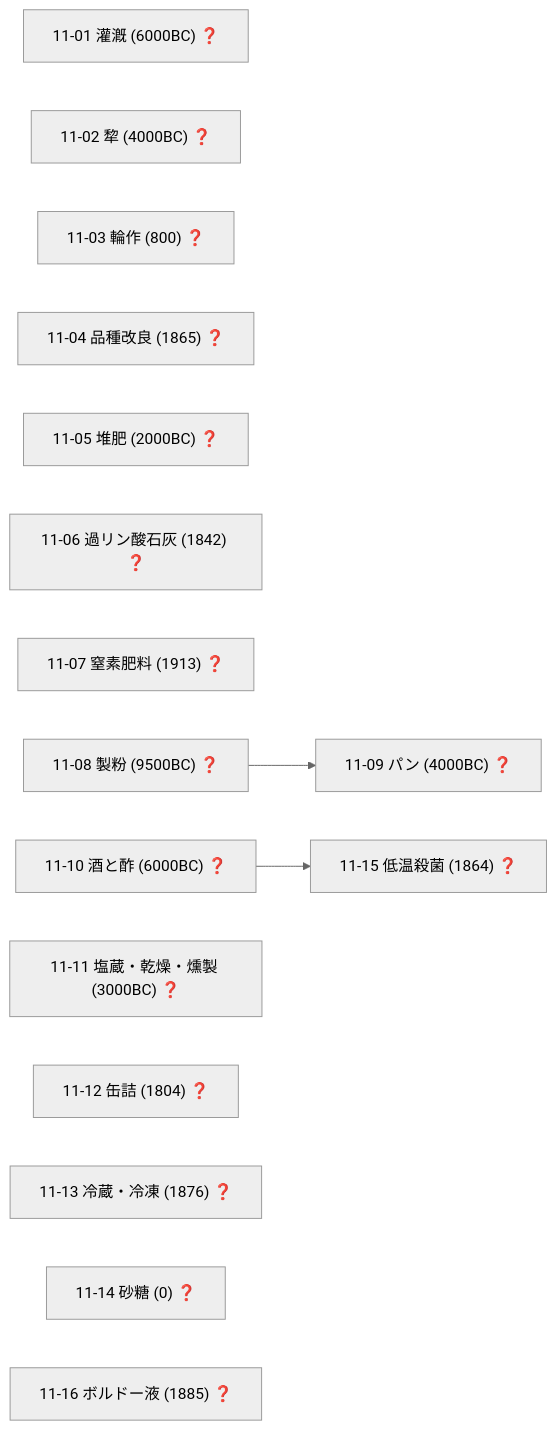
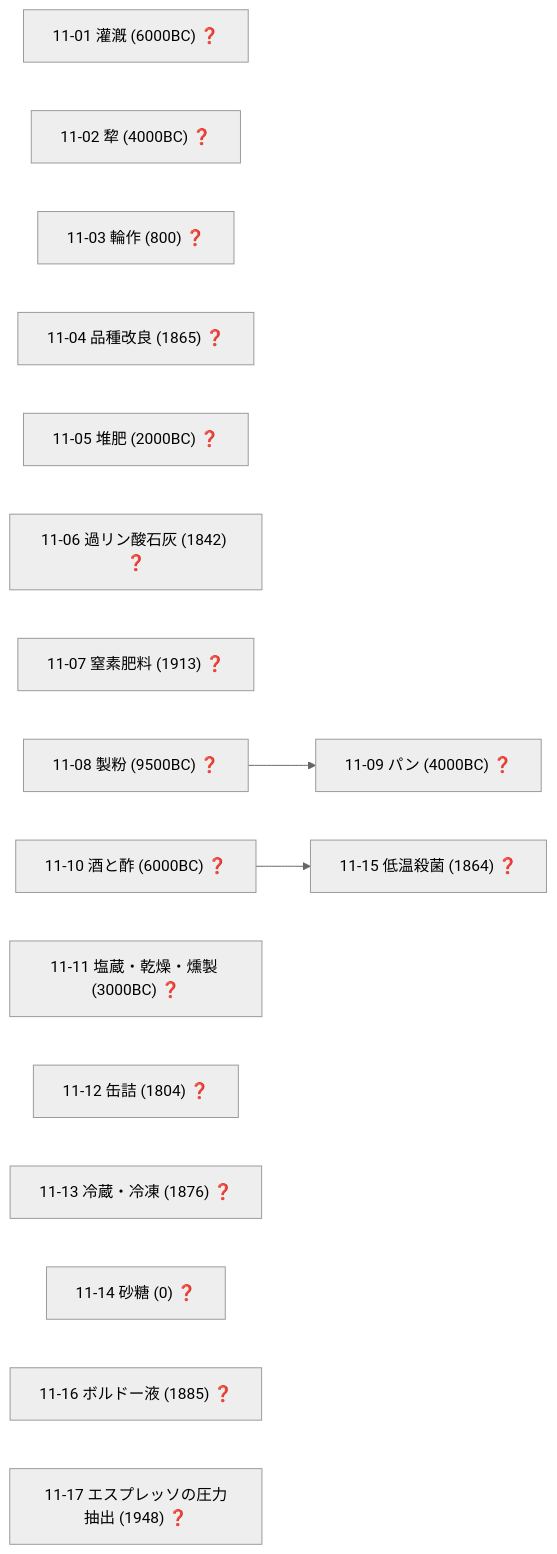
Diagram 14 of 19 in docs/TECH_TREE_VIEW.md (taku3i0317-collab/semiconductor-lab), drawn with Mermaid (neutral theme) before and after one commit. The commit also changed other lines of this file and 16 other files, not shown here.

````diff
--- a/docs/TECH_TREE_VIEW.md
+++ b/docs/TECH_TREE_VIEW.md
@@ -765,21 +788,22 @@
 ```mermaid
 graph LR
   n11_01["11-01 灌漑 (6000BC) ❓"]
   n11_02["11-02 犂 (4000BC) ❓"]
   n11_03["11-03 輪作 (800) ❓"]
   n11_04["11-04 品種改良 (1865) ❓"]
   n11_05["11-05 堆肥 (2000BC) ❓"]
   n11_06["11-06 過リン酸石灰 (1842) ❓"]
   n11_07["11-07 窒素肥料 (1913) ❓"]
   n11_08["11-08 製粉 (9500BC) ❓"]
   n11_09["11-09 パン (4000BC) ❓"]
   n11_10["11-10 酒と酢 (6000BC) ❓"]
   n11_11["11-11 塩蔵・乾燥・燻製 (3000BC) ❓"]
   n11_12["11-12 缶詰 (1804) ❓"]
   n11_13["11-13 冷蔵・冷凍 (1876) ❓"]
   n11_14["11-14 砂糖 (0) ❓"]
   n11_15["11-15 低温殺菌 (1864) ❓"]
   n11_16["11-16 ボルドー液 (1885) ❓"]
+  n11_17["11-17 エスプレッソの圧力抽出 (1948) ❓"]
   n11_08-->n11_09
   n11_10-->n11_15
 ```
````
